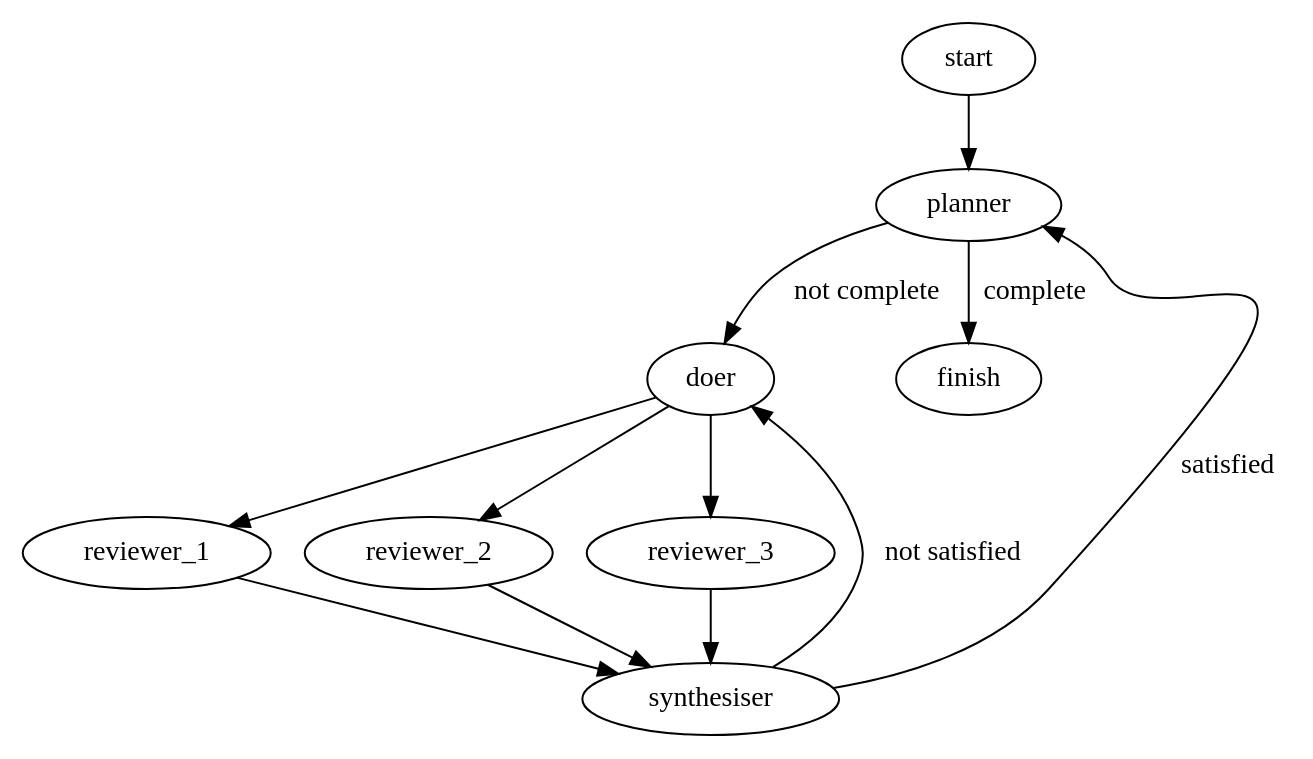
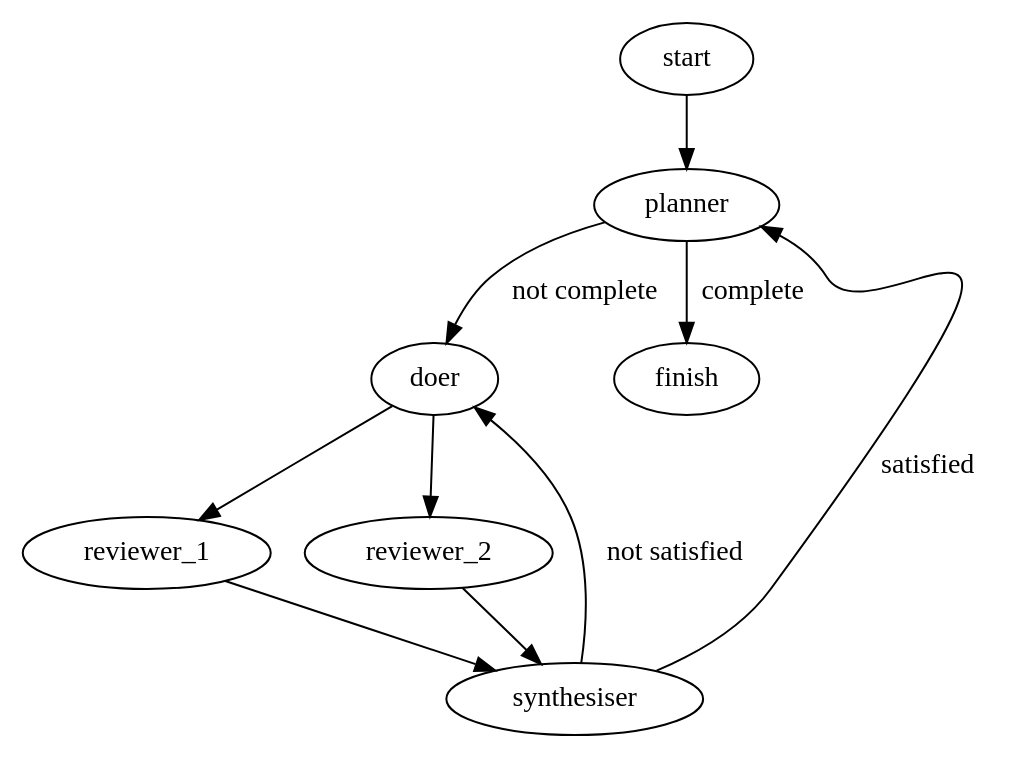
Before and after one commit to ed-snodgrass/architecture-review: the diagram in arch-r/.assembly-lines/careful.dot, drawn with Graphviz.

Commit message:
removed reviewer_3 to simplify workflow a bit

```diff
--- a/arch-r/.assembly-lines/careful.dot
+++ b/arch-r/.assembly-lines/careful.dot
@@ -1,13 +1,11 @@
 digraph assembly_line {
   start -> planner
   planner -> doer [label="not complete"]
   planner -> finish [label="complete"]
   doer -> reviewer_1
   doer -> reviewer_2
-  doer -> reviewer_3
   reviewer_1 -> synthesiser
   reviewer_2 -> synthesiser
-  reviewer_3 -> synthesiser
   synthesiser -> doer [label="not satisfied"]
   synthesiser -> planner [label="satisfied"]
 }
```
